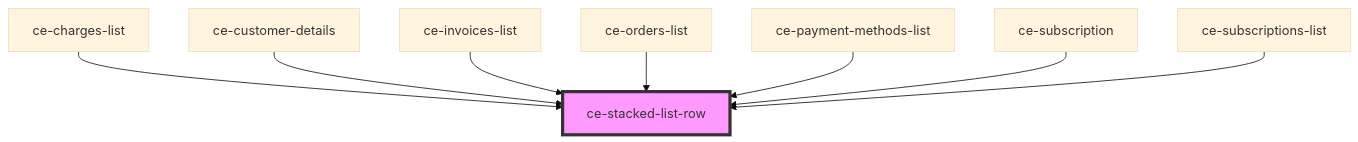
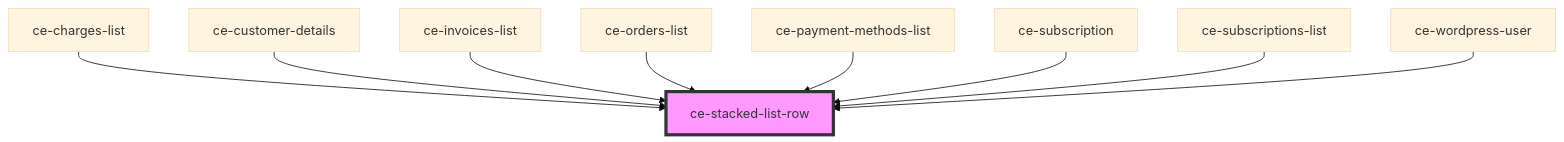
The diagram in packages/components/src/components/ui/stacked-list-row/readme.md (surecart/surecart-wp-plugin), drawn with Mermaid (base theme) before and after one commit. The commit also changed other lines of this file and 27 other files, not shown here.

````diff
--- a/packages/components/src/components/ui/stacked-list-row/readme.md
+++ b/packages/components/src/components/ui/stacked-list-row/readme.md
@@ -29,11 +30,12 @@
 ```mermaid
 graph TD;
   ce-charges-list --> ce-stacked-list-row
   ce-customer-details --> ce-stacked-list-row
   ce-invoices-list --> ce-stacked-list-row
   ce-orders-list --> ce-stacked-list-row
   ce-payment-methods-list --> ce-stacked-list-row
   ce-subscription --> ce-stacked-list-row
   ce-subscriptions-list --> ce-stacked-list-row
+  ce-wordpress-user --> ce-stacked-list-row
   style ce-stacked-list-row fill:#f9f,stroke:#333,stroke-width:4px
 ```
````
